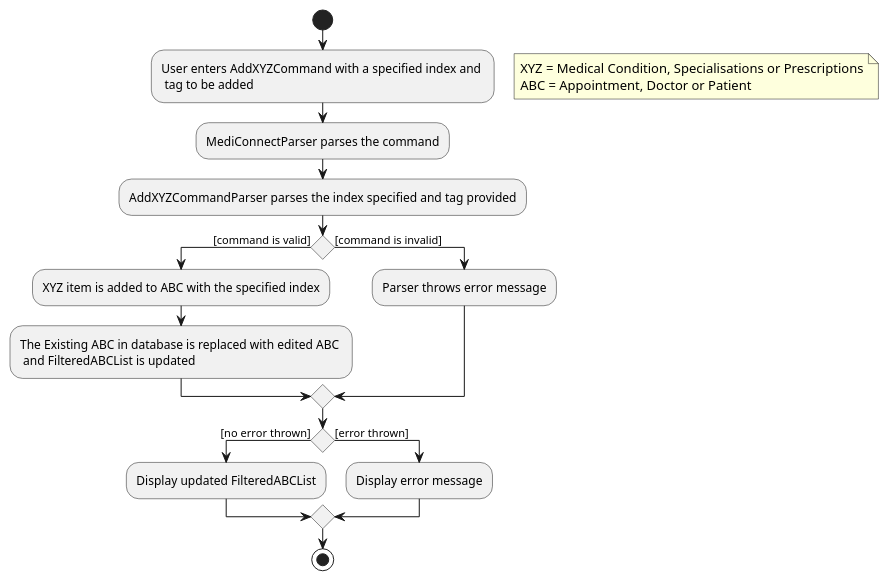
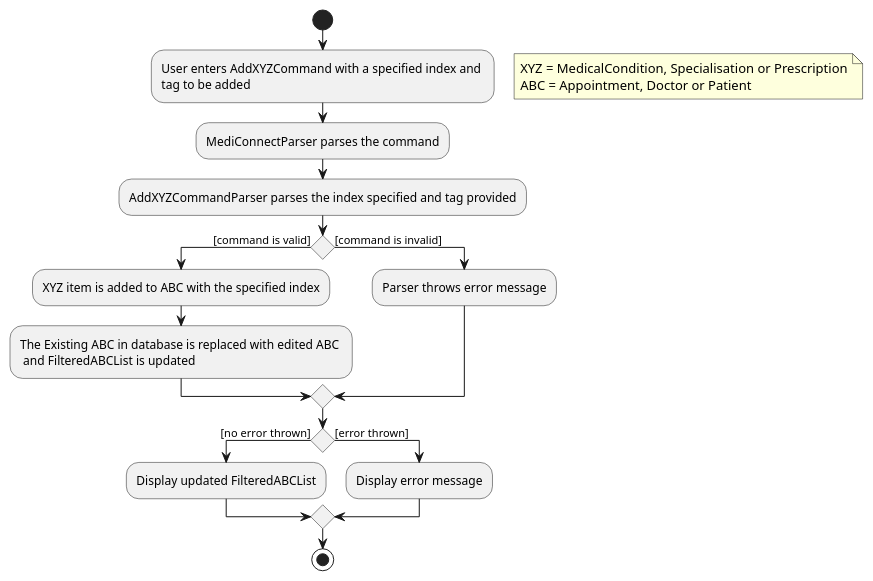
The diagram in docs/diagrams/AddXYZTagActivityDiagram.puml (yanghengtang/tp), drawn with PlantUML before and after one commit. The commit also changed 1 other file, not shown here.

Commit message:
Update AddXYZTagActivityDiagram

```diff
--- a/docs/diagrams/AddXYZTagActivityDiagram.puml
+++ b/docs/diagrams/AddXYZTagActivityDiagram.puml
@@ -1,25 +1,25 @@
 @startuml
 'https://plantuml.com/activity-diagram-beta
 
 start
-:User enters AddXYZCommand with a specified index and \n tag to be added;
+:User enters AddXYZCommand with a specified index and \ntag to be added;
 floating note right
-    XYZ = Medical Condition, Specialisations or Prescriptions
+    XYZ = MedicalCondition, Specialisation or Prescription
     ABC = Appointment, Doctor or Patient
 end note
 :MediConnectParser parses the command;
 :AddXYZCommandParser parses the index specified and tag provided;
 if () then ([command is valid])
   :XYZ item is added to ABC with the specified index;
   :The Existing ABC in database is replaced with edited ABC \n and FilteredABCList is updated;
 else ([command is invalid])
   :Parser throws error message;
 endif
 if () then ([no error thrown])
   :Display updated FilteredABCList;
 else ([error thrown])
   :Display error message;
 endif
 stop
 
 @enduml
```
